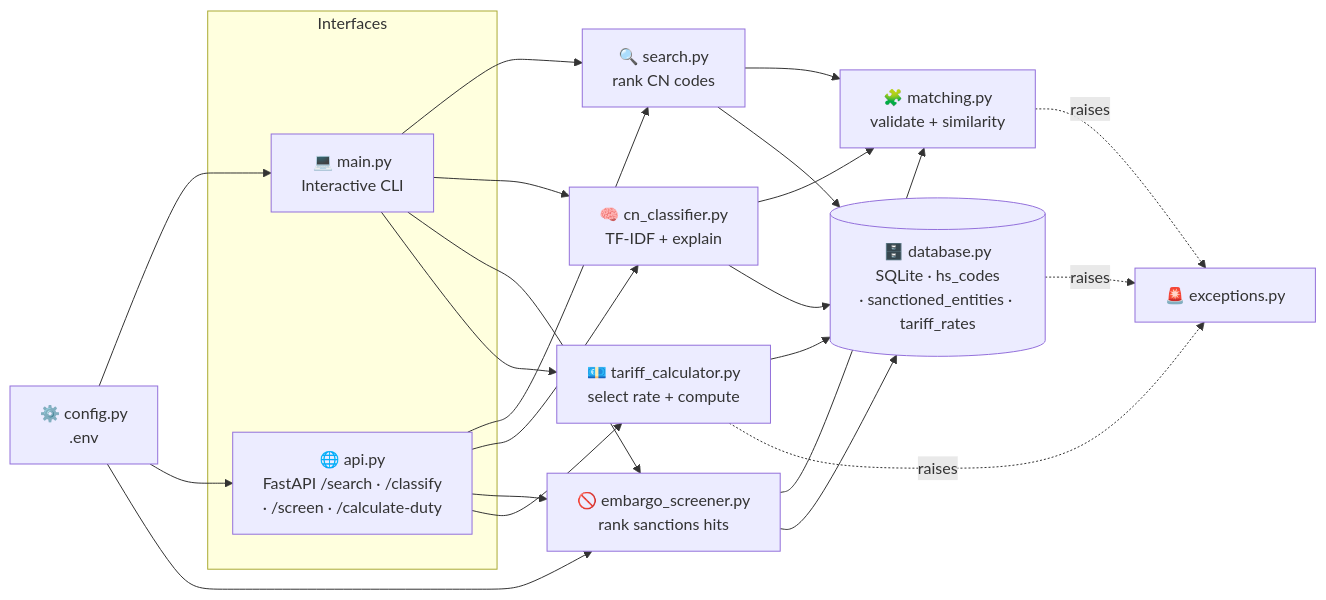
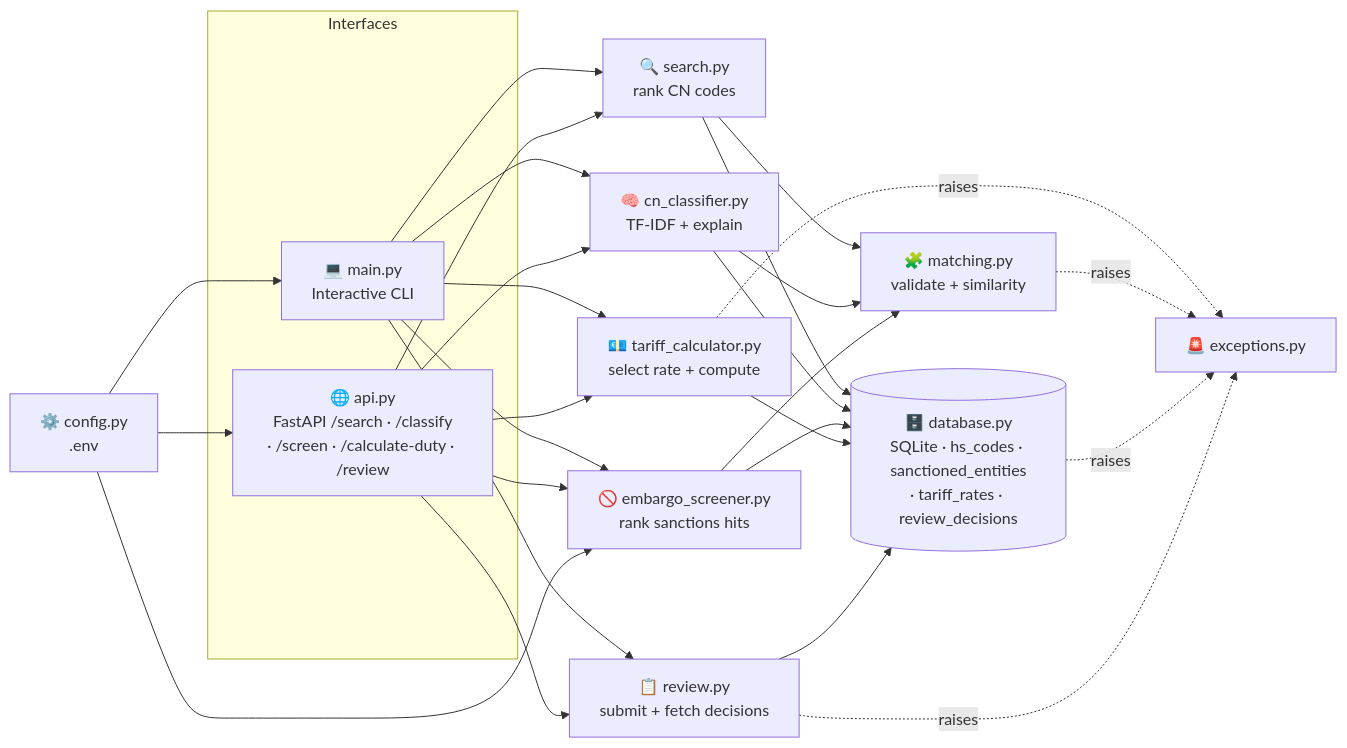
One commit to Mutersec/CustomsIQ changed the first of 2 diagrams in README.md. Above: the diagram before and after it, drawn with Mermaid. The commit also changed other lines of this file and 11 other files, not shown here.

````diff
--- a/README.md
+++ b/README.md
@@ -93,38 +94,43 @@
 ```mermaid
 flowchart LR
     subgraph Interfaces
         CLI["💻 main.py<br/>Interactive CLI"]
-        API["🌐 api.py<br/>FastAPI /search · /classify<br/>· /screen · /calculate-duty"]
+        API["🌐 api.py<br/>FastAPI /search · /classify<br/>· /screen · /calculate-duty · /review"]
     end
 
     SEARCH["🔍 search.py<br/>rank CN codes"]
     CLS["🧠 cn_classifier.py<br/>TF-IDF + explain"]
     SCREEN["🚫 embargo_screener.py<br/>rank sanctions hits"]
     DUTY["💶 tariff_calculator.py<br/>select rate + compute"]
+    REVIEW["📋 review.py<br/>submit + fetch decisions"]
     MATCH["🧩 matching.py<br/>validate + similarity"]
-    DB[("🗄️ database.py<br/>SQLite · hs_codes<br/>· sanctioned_entities · tariff_rates")]
+    DB[("🗄️ database.py<br/>SQLite · hs_codes · sanctioned_entities<br/>· tariff_rates · review_decisions")]
     EXC["🚨 exceptions.py"]
     CFG["⚙️ config.py<br/>.env"]
 
     CLI --> SEARCH
     CLI --> CLS
     CLI --> SCREEN
     CLI --> DUTY
+    CLI --> REVIEW
     API --> SEARCH
     API --> CLS
     API --> SCREEN
     API --> DUTY
+    API --> REVIEW
     SEARCH --> MATCH
     CLS --> MATCH
     SCREEN --> MATCH
     SEARCH --> DB
     CLS --> DB
     SCREEN --> DB
     DUTY --> DB
+    REVIEW --> DB
     DUTY -. raises .-> EXC
     MATCH -. raises .-> EXC
     DB -. raises .-> EXC
+    REVIEW -. raises .-> EXC
     CFG --> CLI
     CFG --> API
     CFG --> SCREEN
 ```
````
